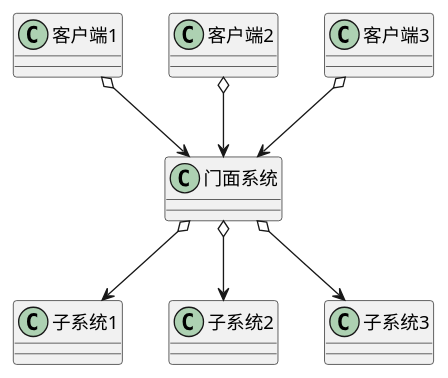
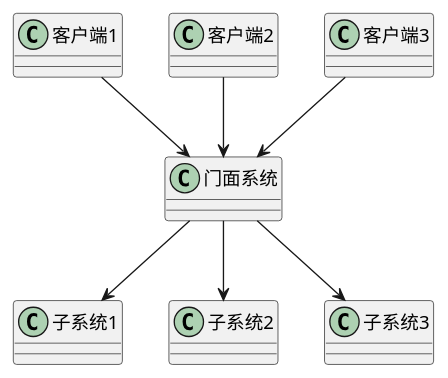
The diagram in src/main/java/com/kco/pattern/facade/外观模式2.puml (kco1989/examples), drawn with PlantUML before and after one commit. The commit also changed 16 other files, not shown here.

```diff
--- a/src/main/java/com/kco/pattern/facade/外观模式2.puml
+++ b/src/main/java/com/kco/pattern/facade/外观模式2.puml
@@ -1,21 +1,21 @@
 @startuml
 
 class 客户端1
 class 客户端2
 class 客户端3
 
 class 门面系统
 
 class 子系统1
 class 子系统2
 class 子系统3
 
-客户端1 o--> 门面系统
-客户端2 o--> 门面系统
-客户端3 o--> 门面系统
+客户端1 --> 门面系统
+客户端2 --> 门面系统
+客户端3 --> 门面系统
 
-门面系统 o--> 子系统1
-门面系统 o--> 子系统2
-门面系统 o--> 子系统3
+门面系统 --> 子系统1
+门面系统 --> 子系统2
+门面系统 --> 子系统3
 
 @enduml
```
